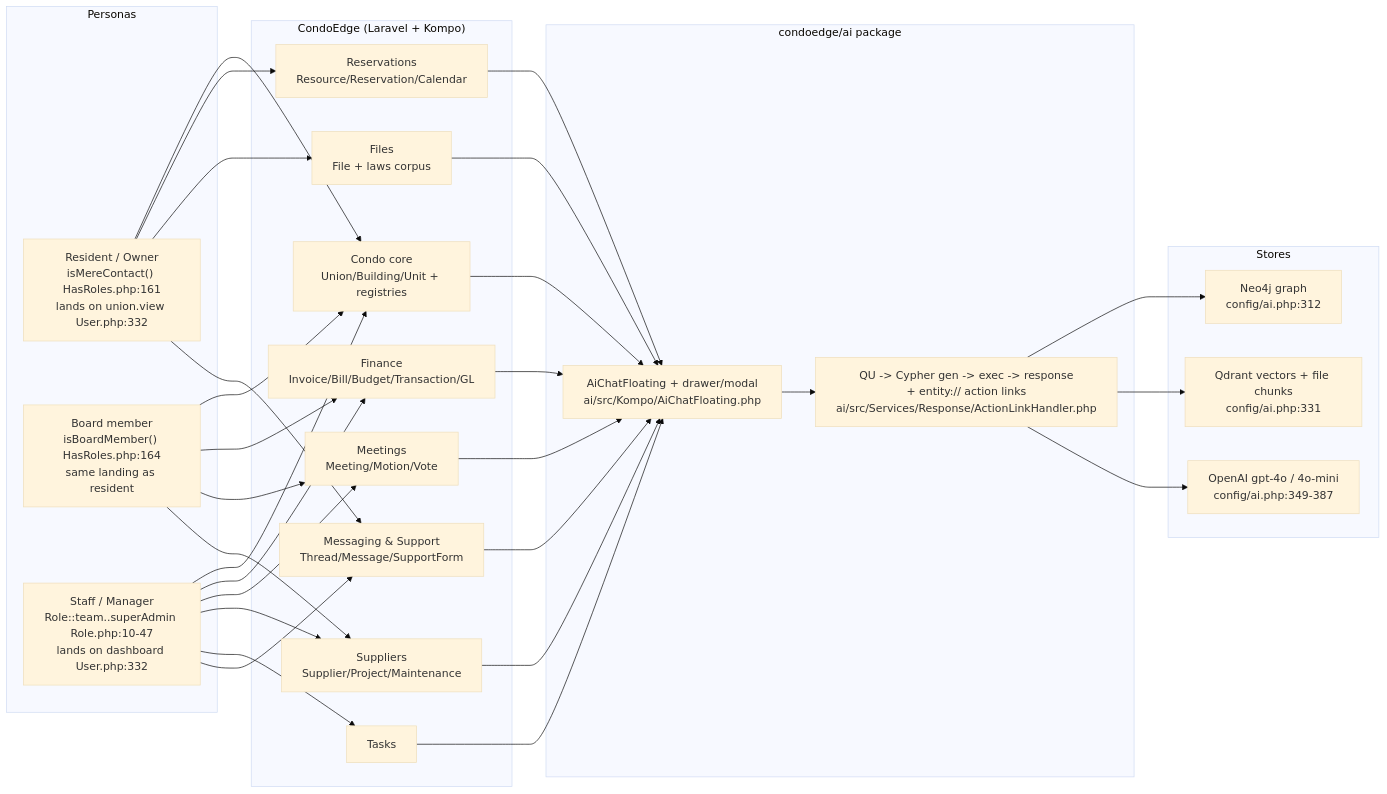
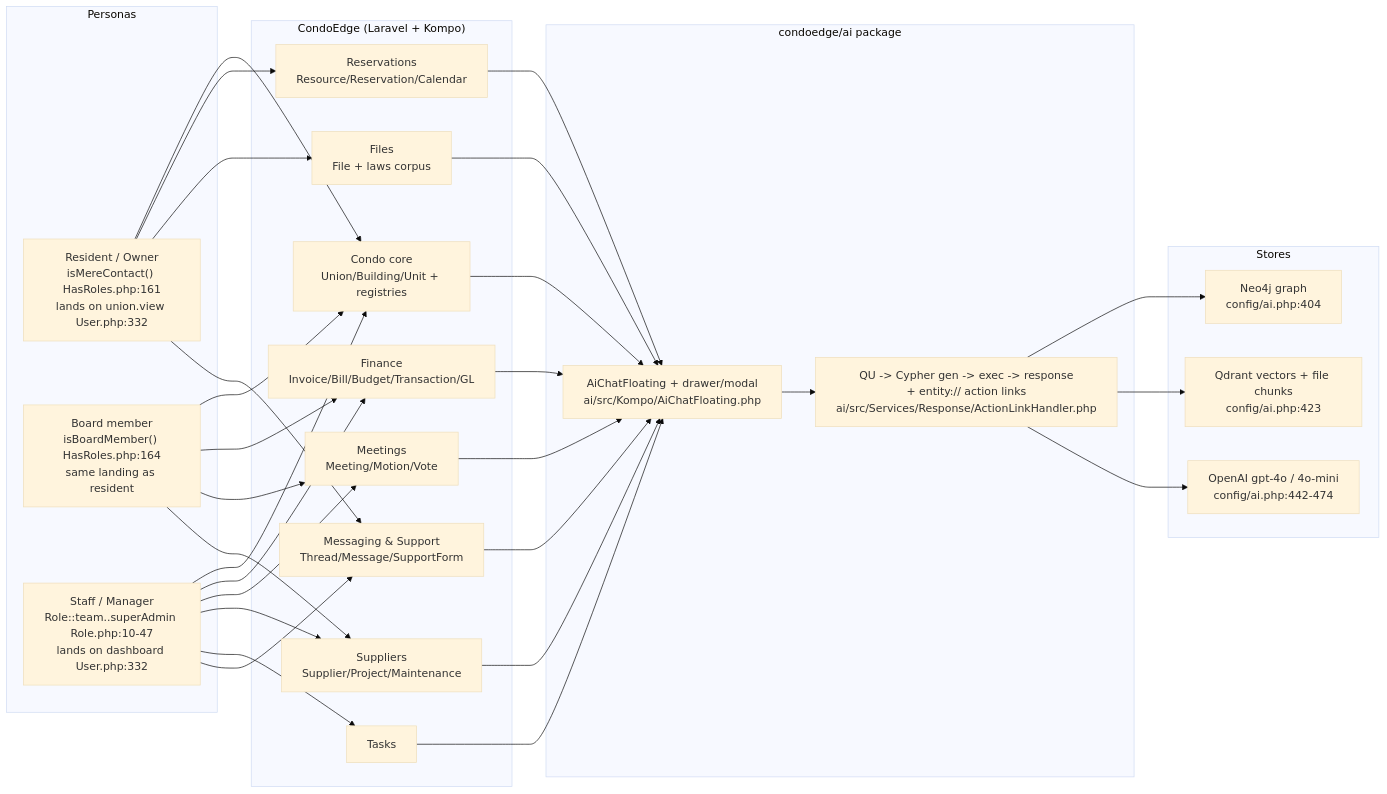
The first of 5 diagrams in docs/audit/95-condoedge-domain-map.md (condoedge/AI), drawn with Mermaid (base theme) before and after one commit. The commit also changed other lines of this file and 12 other files, not shown here.

````diff
--- a/docs/audit/95-condoedge-domain-map.md
+++ b/docs/audit/95-condoedge-domain-map.md
@@ -11,33 +22,33 @@
 ```mermaid
 flowchart LR
     subgraph Personas
         R["Resident / Owner<br/>isMereContact() HasRoles.php:161<br/>lands on union.view User.php:332"]
         B["Board member<br/>isBoardMember() HasRoles.php:164<br/>same landing as resident"]
         S["Staff / Manager<br/>Role::team..superAdmin Role.php:10-47<br/>lands on dashboard User.php:332"]
     end
     subgraph CondoEdge ["CondoEdge (Laravel + Kompo)"]
         CO["Condo core<br/>Union/Building/Unit + registries"]
         FI["Finance<br/>Invoice/Bill/Budget/Transaction/GL"]
         ME["Meetings<br/>Meeting/Motion/Vote"]
         SU["Suppliers<br/>Supplier/Project/Maintenance"]
         FL["Files<br/>File + laws corpus"]
         MS["Messaging & Support<br/>Thread/Message/SupportForm"]
         RV["Reservations<br/>Resource/Reservation/Calendar"]
         TK["Tasks"]
     end
     subgraph AI ["condoedge/ai package"]
         CHAT["AiChatFloating + drawer/modal<br/>ai/src/Kompo/AiChatFloating.php"]
         PIPE["QU -> Cypher gen -> exec -> response<br/>+ entity:// action links<br/>ai/src/Services/Response/ActionLinkHandler.php"]
     end
     subgraph Stores
-        N4J["Neo4j graph<br/>config/ai.php:312"]
-        QDR["Qdrant vectors + file chunks<br/>config/ai.php:331"]
-        LLM["OpenAI gpt-4o / 4o-mini<br/>config/ai.php:349-387"]
+        N4J["Neo4j graph<br/>config/ai.php:404"]
+        QDR["Qdrant vectors + file chunks<br/>config/ai.php:423"]
+        LLM["OpenAI gpt-4o / 4o-mini<br/>config/ai.php:442-474"]
     end
     R --> CO & RV & FL & MS
     B --> CO & FI & ME & SU
     S --> CO & FI & ME & SU & TK & MS
     CO & FI & ME & SU & FL & MS & RV & TK --> CHAT
     CHAT --> PIPE
     PIPE --> N4J & QDR & LLM
 ```
````
